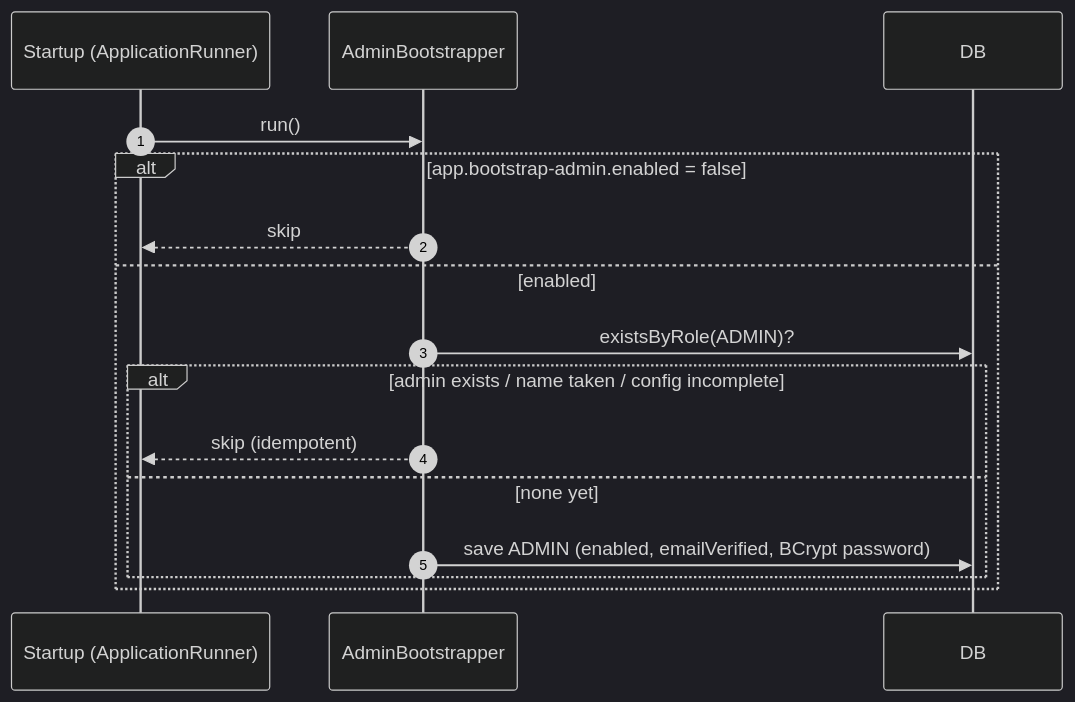
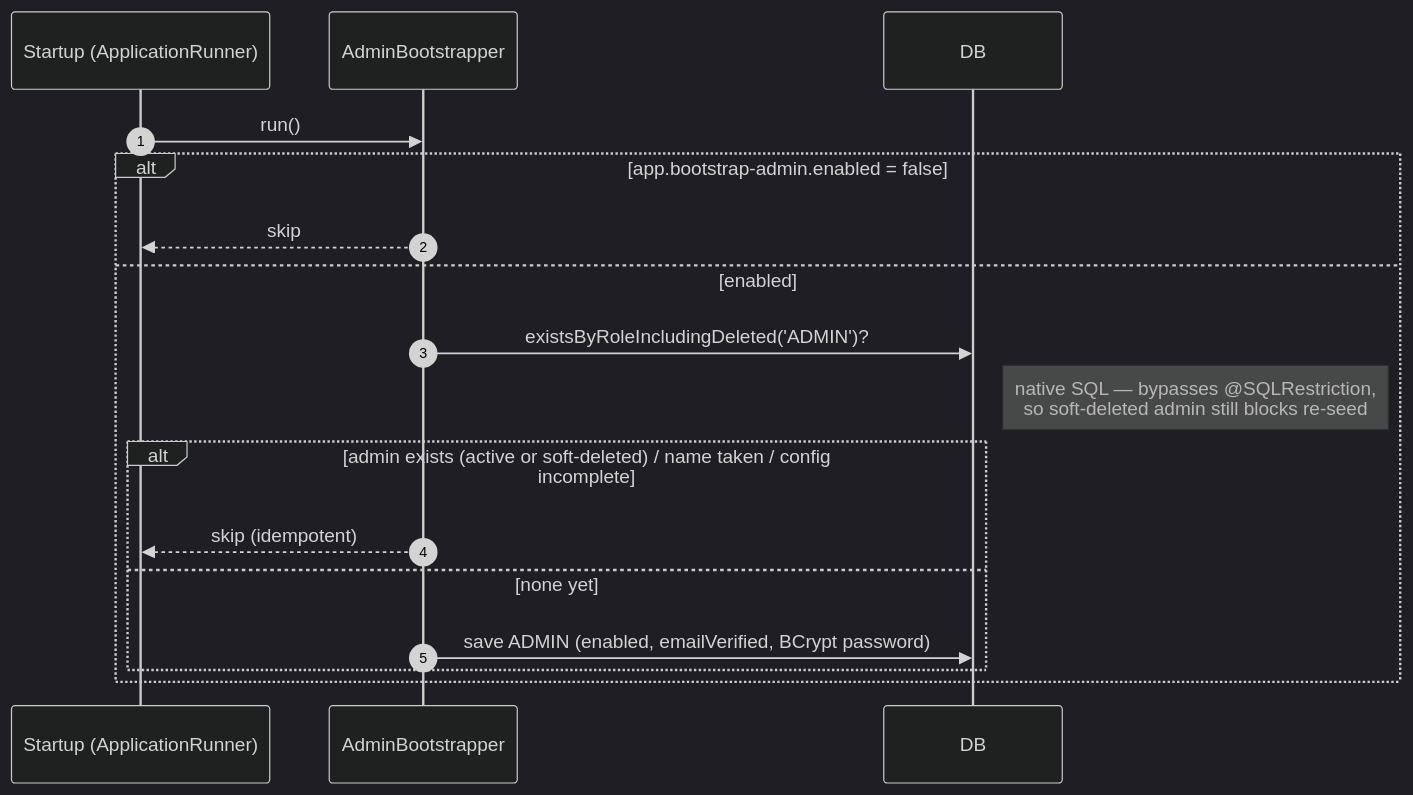
Before and after one commit to Tu2l/open-resume-builder-backend: the seventh of 7 diagrams in docs/user-service/README.md, drawn with Mermaid (dark theme). The commit also changed other lines of this file and 3 other files, not shown here.

````diff
--- a/docs/user-service/README.md
+++ b/docs/user-service/README.md
@@ -322,18 +332,19 @@
 ```mermaid
 sequenceDiagram
     autonumber
     participant App as Startup (ApplicationRunner)
     participant AB as AdminBootstrapper
     participant DB as DB
     App->>AB: run()
     alt app.bootstrap-admin.enabled = false
         AB-->>App: skip
     else enabled
-        AB->>DB: existsByRole(ADMIN)?
-        alt admin exists / name taken / config incomplete
+        AB->>DB: existsByRoleIncludingDeleted('ADMIN')?
+        note right of DB: native SQL — bypasses @SQLRestriction,<br/>so soft-deleted admin still blocks re-seed
+        alt admin exists (active or soft-deleted) / name taken / config incomplete
             AB-->>App: skip (idempotent)
         else none yet
             AB->>DB: save ADMIN (enabled, emailVerified, BCrypt password)
         end
     end
 ```
````
